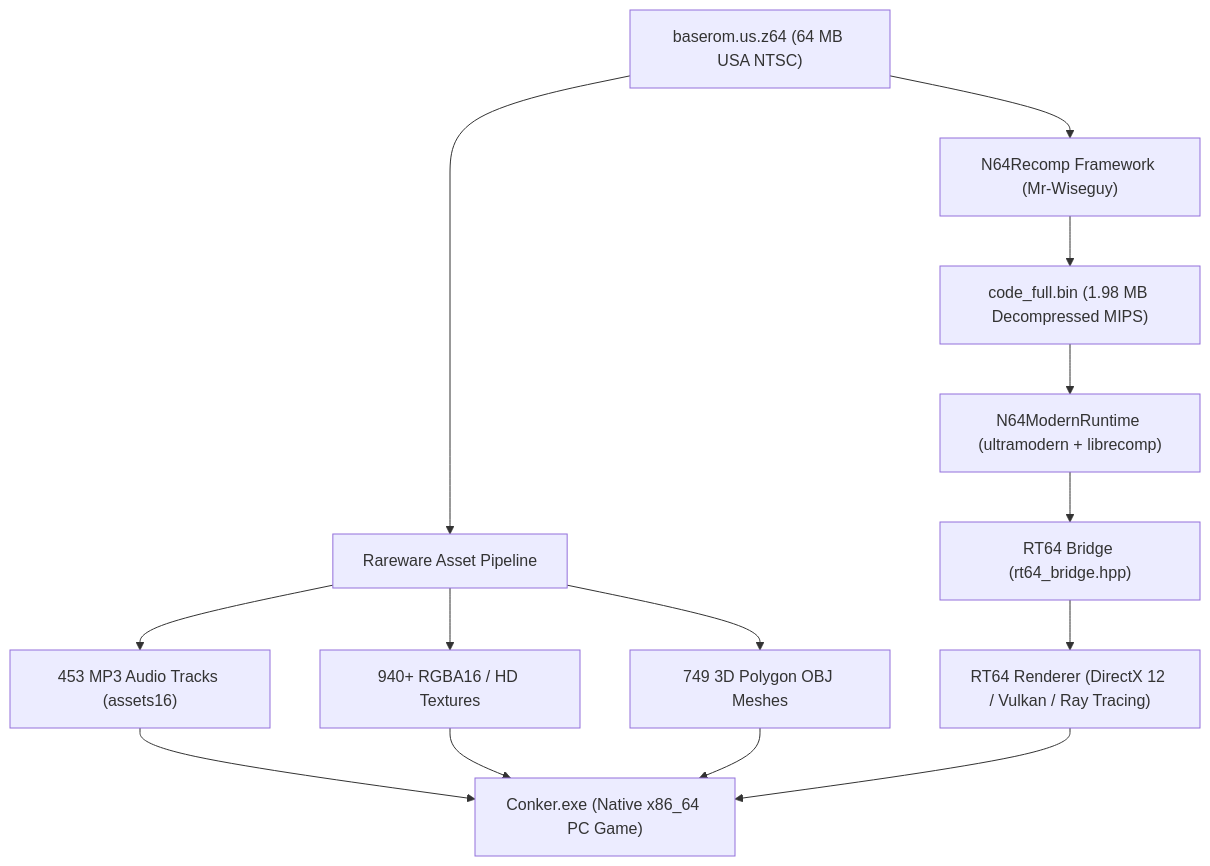
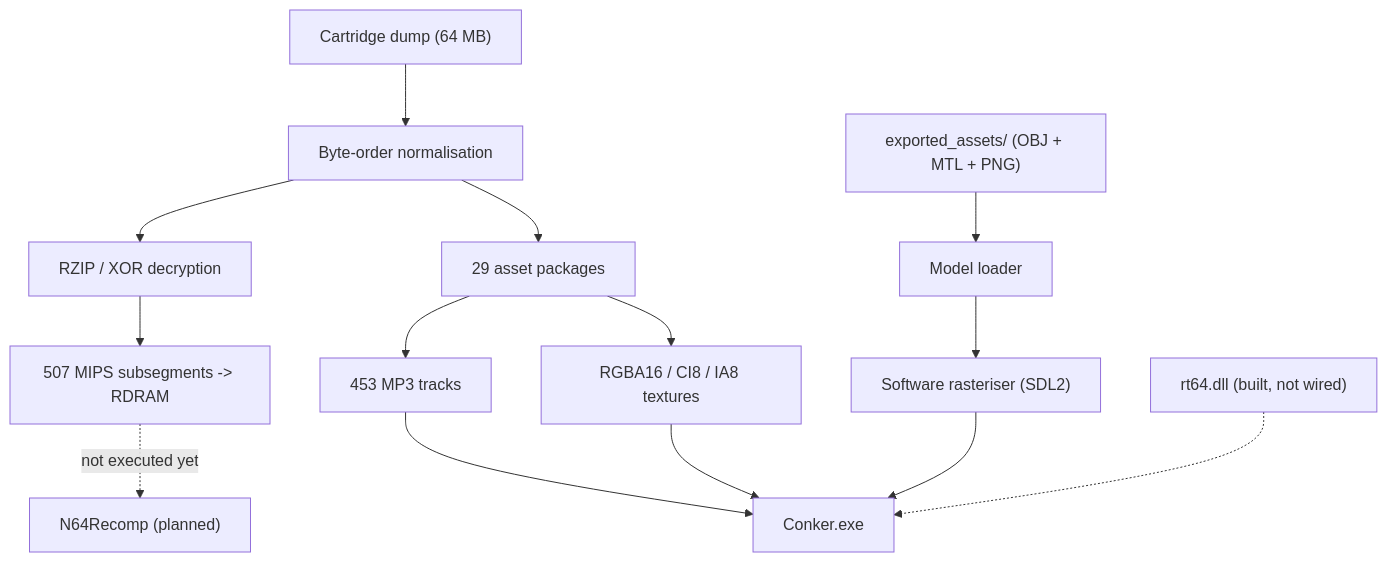
The diagram in README.md (Conker64Recomp/conker64-recompiled), drawn with Mermaid before and after one commit. The commit also changed other lines of this file and 12 other files, not shown here.

````diff
--- a/README.md
+++ b/README.md
@@ -47,19 +88,21 @@
 ```mermaid
 graph TD
-    ROM["baserom.us.z64 (64 MB USA NTSC)"] --> EXT["Rareware Asset Pipeline"]
-    EXT --> AUD["453 MP3 Audio Tracks (assets16)"]
-    EXT --> TEX["940+ RGBA16 / HD Textures"]
-    EXT --> MOD["749 3D Polygon OBJ Meshes"]
-    
-    ROM --> REC["N64Recomp Framework (Mr-Wiseguy)"]
-    REC --> CODE["code_full.bin (1.98 MB Decompressed MIPS)"]
-    
-    CODE --> RUNTIME["N64ModernRuntime (ultramodern + librecomp)"]
-    RUNTIME --> BRIDGE["RT64 Bridge (rt64_bridge.hpp)"]
-    BRIDGE --> RT64["RT64 Renderer (DirectX 12 / Vulkan / Ray Tracing)"]
-    
-    AUD --> EXE["Conker.exe (Native x86_64 PC Game)"]
+    ROM["Cartridge dump (64 MB)"] --> ORDER["Byte-order normalisation"]
+    ORDER --> RZIP["RZIP / XOR decryption"]
+    ORDER --> PKG["29 asset packages"]
+
+    RZIP --> CODE["507 MIPS subsegments -> RDRAM"]
+    CODE -.->|not executed yet| RECOMP["N64Recomp (planned)"]
+
+    PKG --> AUD["453 MP3 tracks"]
+    PKG --> TEX["RGBA16 / CI8 / IA8 textures"]
+
+    DISK["exported_assets/ (OBJ + MTL + PNG)"] --> MESH["Model loader"]
+
+    AUD --> EXE["Conker.exe"]
     TEX --> EXE
-    MOD --> EXE
-    RT64 --> EXE
+    MESH --> RAST["Software rasteriser (SDL2)"]
+    RAST --> EXE
+
+    RT64["rt64.dll (built, not wired)"] -.-> EXE
 ```
````
